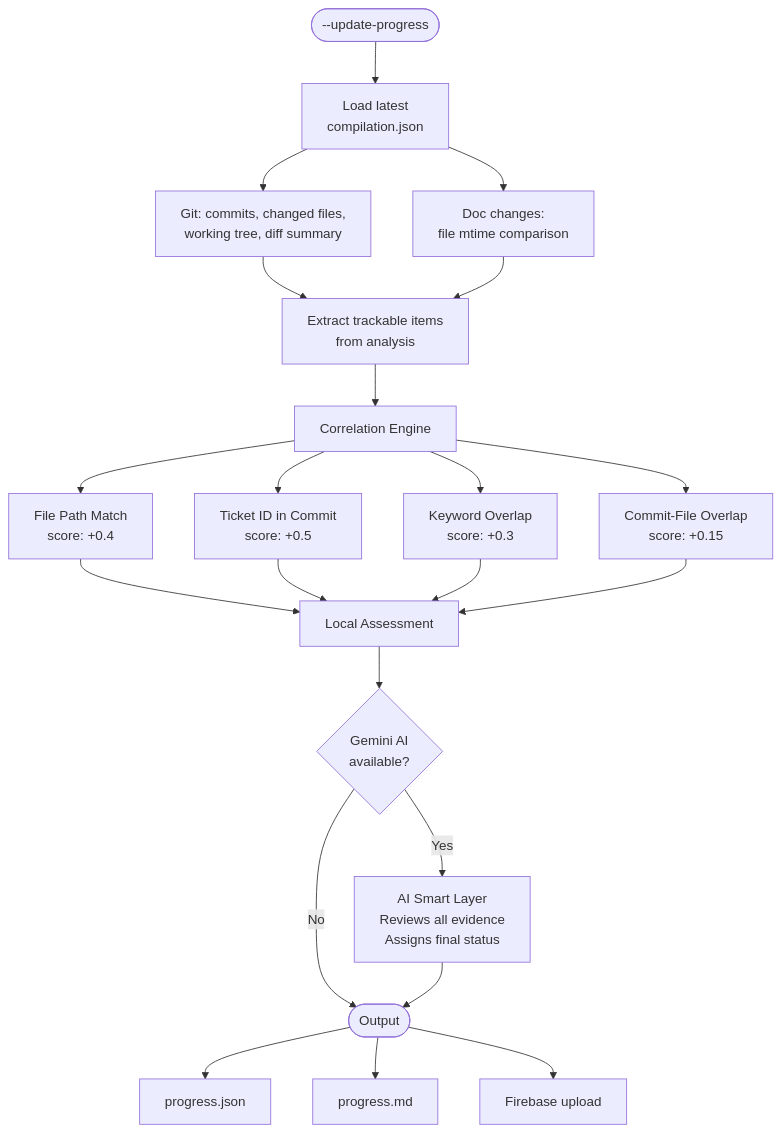
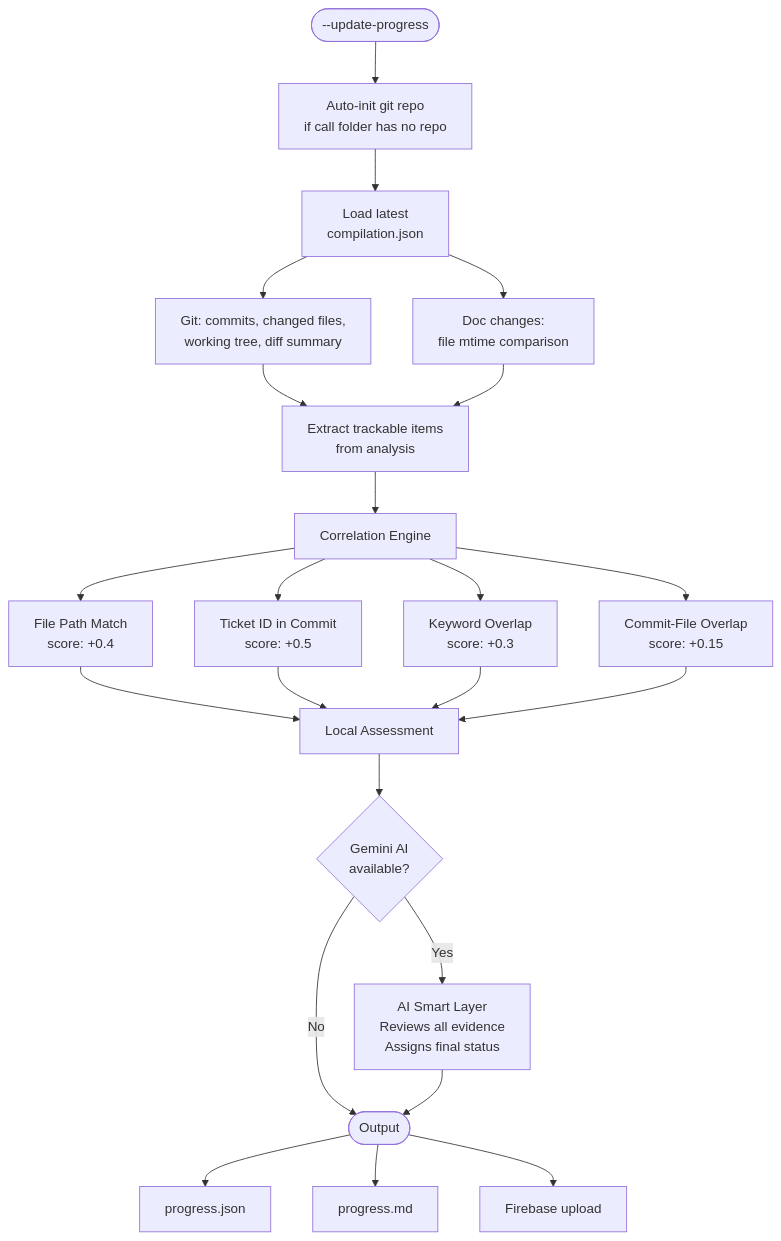
Before and after one commit to youssefadel94/task-summary-extractor: the fourth of 9 diagrams in ARCHITECTURE.md, drawn with Mermaid. The commit also changed other lines of this file and 11 other files, not shown here.

First line of the commit message:
v7.2.3: production hardening  cross-platform, security, git init, doc discovery

````diff
--- a/ARCHITECTURE.md
+++ b/ARCHITECTURE.md
@@ -232,27 +232,28 @@
 ```mermaid
 flowchart TB
-    START(["--update-progress"]) --> LOAD["Load latest\ncompilation.json"]
+    START(["--update-progress"]) --> INIT["Auto-init git repo\nif call folder has no repo"]
+    INIT --> LOAD["Load latest\ncompilation.json"]
     LOAD --> GIT["Git: commits, changed files,\nworking tree, diff summary"]
     LOAD --> DOCS["Doc changes:\nfile mtime comparison"]
 
     GIT --> ITEMS["Extract trackable items\nfrom analysis"]
     DOCS --> ITEMS
 
     ITEMS --> CORR["Correlation Engine"]
 
     CORR --> S1["File Path Match\nscore: +0.4"]
     CORR --> S2["Ticket ID in Commit\nscore: +0.5"]
     CORR --> S3["Keyword Overlap\nscore: +0.3"]
     CORR --> S4["Commit-File Overlap\nscore: +0.15"]
 
     S1 & S2 & S3 & S4 --> LOCAL["Local Assessment"]
 
     LOCAL --> AI{"Gemini AI\navailable?"}
     AI -->|Yes| SMART["AI Smart Layer\nReviews all evidence\nAssigns final status"]
     AI -->|No| OUTPUT
 
     SMART --> OUTPUT(["Output"])
     OUTPUT --> PJ["progress.json"]
     OUTPUT --> PM["progress.md"]
     OUTPUT --> FBU["Firebase upload"]
 ```
````
